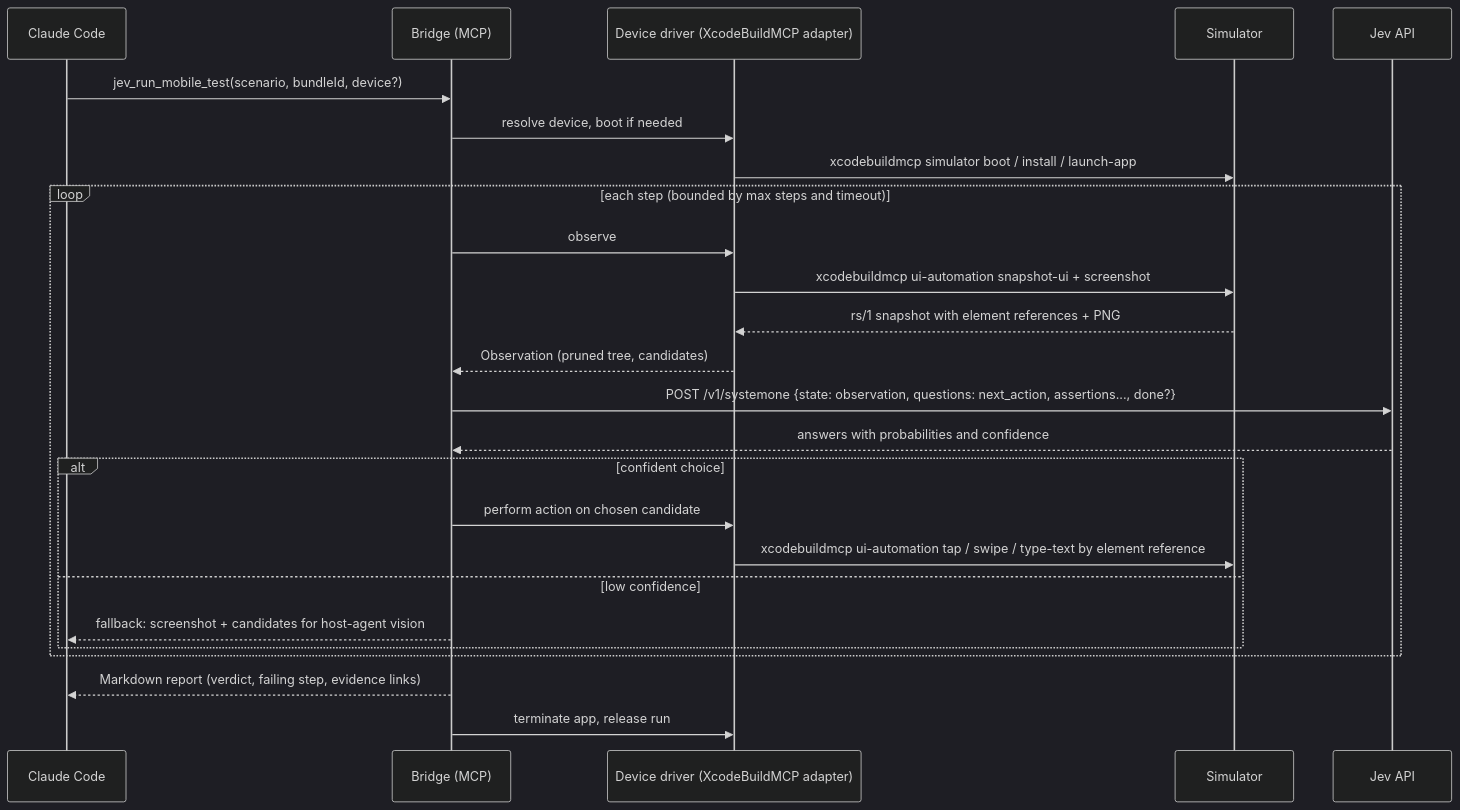
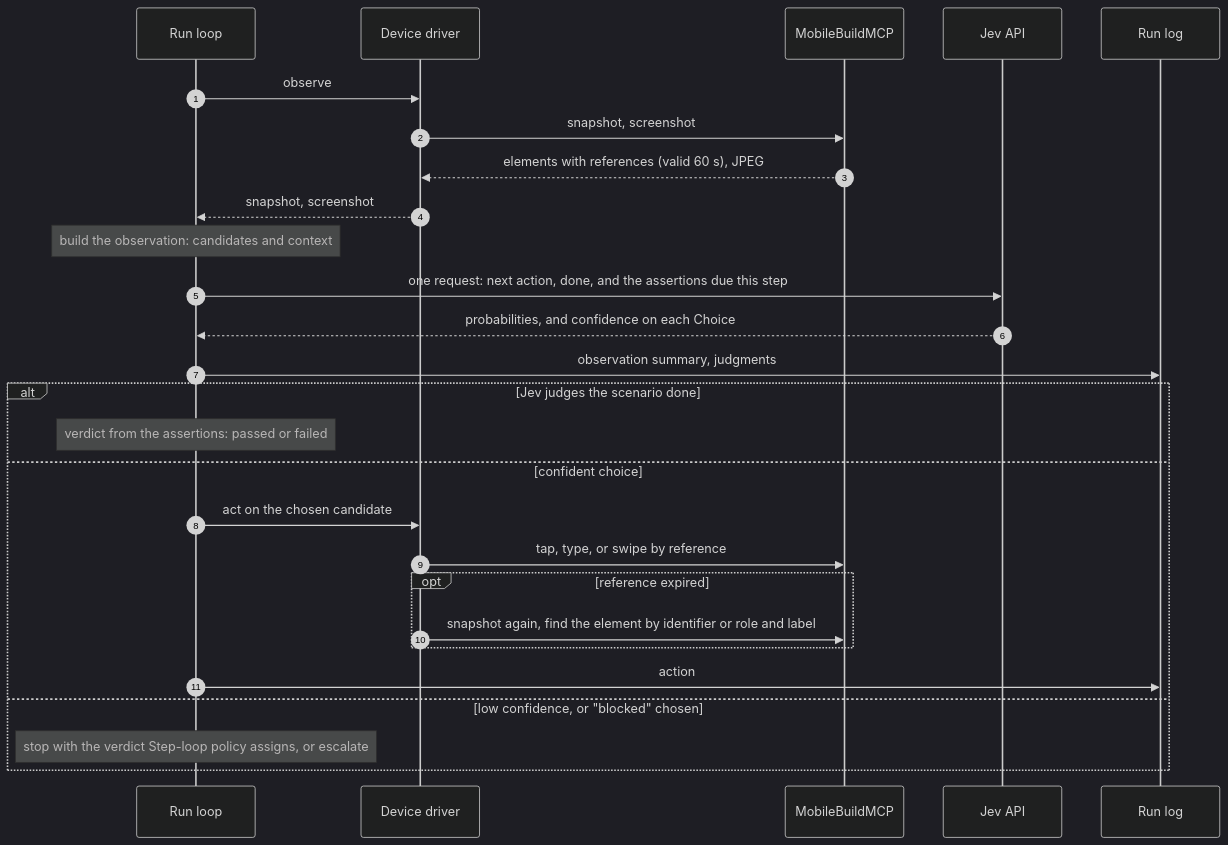
Before and after one commit to hugues-vnsgn/jev-ios-bridge: the third of 4 diagrams in docs/architecture.md, drawn with Mermaid (dark theme). The commit also changed other lines of this file and 61 other files, not shown here.

First line of the commit message:
Re-chart jev-ios-bridge for engineer review

````diff
--- a/docs/architecture.md
+++ b/docs/architecture.md
@@ -30,28 +112,30 @@
 ```mermaid
 sequenceDiagram
-    participant CC as Claude Code
-    participant B as Bridge (MCP)
-    participant D as Device driver (XcodeBuildMCP adapter)
-    participant S as Simulator
+    autonumber
+    participant L as Run loop
+    participant D as Device driver
+    participant M as MobileBuildMCP
     participant J as Jev API
+    participant R as Run log
 
-    CC->>B: jev_run_mobile_test(scenario, bundleId, device?)
-    B->>D: resolve device, boot if needed
-    D->>S: xcodebuildmcp simulator boot / install / launch-app
-    loop each step (bounded by max steps and timeout)
-        B->>D: observe
-        D->>S: xcodebuildmcp ui-automation snapshot-ui + screenshot
-        S-->>D: rs/1 snapshot with element references + PNG
-        D-->>B: Observation (pruned tree, candidates)
-        B->>J: POST /v1/systemone {state: observation, questions: next_action, assertions..., done?}
-        J-->>B: answers with probabilities and confidence
-        alt confident choice
-            B->>D: perform action on chosen candidate
-            D->>S: xcodebuildmcp ui-automation tap / swipe / type-text by element reference
-        else low confidence
-            B-->>CC: fallback: screenshot + candidates for host-agent vision
+    L->>D: observe
+    D->>M: snapshot, screenshot
+    M-->>D: elements with references (valid 60 s), JPEG
+    D-->>L: snapshot, screenshot
+    Note over L: build the observation: candidates and context
+    L->>J: one request: next action, done, and the assertions due this step
+    J-->>L: probabilities, and confidence on each Choice
+    L->>R: observation summary, judgments
+    alt Jev judges the scenario done
+        Note over L: verdict from the assertions: passed or failed
+    else confident choice
+        L->>D: act on the chosen candidate
+        D->>M: tap, type, or swipe by reference
+        opt reference expired
+            D->>M: snapshot again, find the element by identifier or role and label
         end
+        L->>R: action
+    else low confidence, or "blocked" chosen
+        Note over L: stop with the verdict Step-loop policy assigns, or escalate
     end
-    B-->>CC: Markdown report (verdict, failing step, evidence links)
-    B->>D: terminate app, release run
 ```
````
